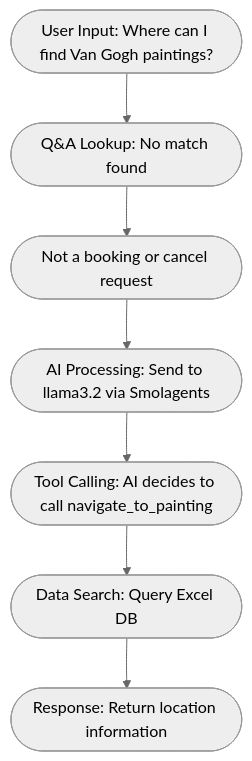
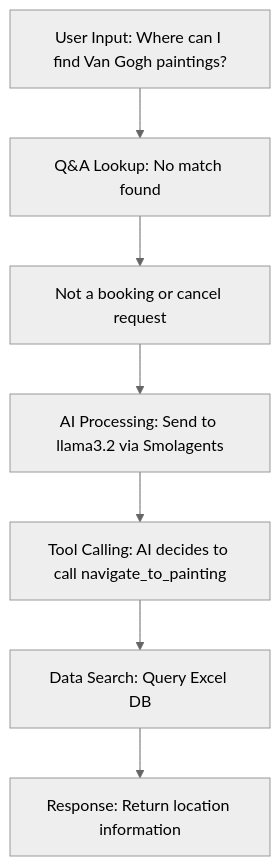
Before and after one commit to chaitanyasaiyerra/Musuem-chatbot: diagram 15 of 15 in STEP_BY_STEP_GUIDE.md, drawn with Mermaid (neutral theme). The commit also changed other lines of this file and 1 other file, not shown here.

Commit message:
docs: wrap mermaid nodes in standard boxes with quotes to prevent text wrapping

````diff
--- a/STEP_BY_STEP_GUIDE.md
+++ b/STEP_BY_STEP_GUIDE.md
@@ -301,9 +301,9 @@
 ```mermaid
 graph TD
-    A([User Input: Where can I find Van Gogh paintings?]) --> B([Q&A Lookup: No match found])
-    B --> C([Not a booking or cancel request])
-    C --> D([AI Processing: Send to llama3.2 via Smolagents])
-    D --> E([Tool Calling: AI decides to call navigate_to_painting])
-    E --> F([Data Search: Query Excel DB])
-    F --> G([Response: Return location information])
+    A["User Input: Where can I find Van Gogh paintings?"] --> B["Q&A Lookup: No match found"]
+    B --> C["Not a booking or cancel request"]
+    C --> D["AI Processing: Send to llama3.2 via Smolagents"]
+    D --> E["Tool Calling: AI decides to call navigate_to_painting"]
+    E --> F["Data Search: Query Excel DB"]
+    F --> G["Response: Return location information"]
 ```
````
